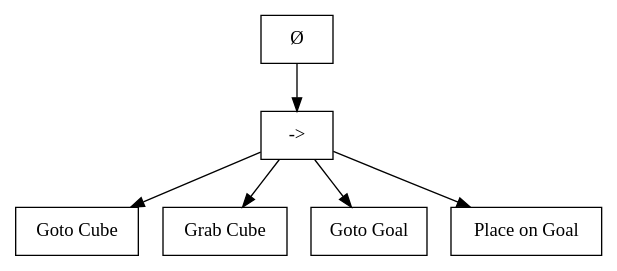
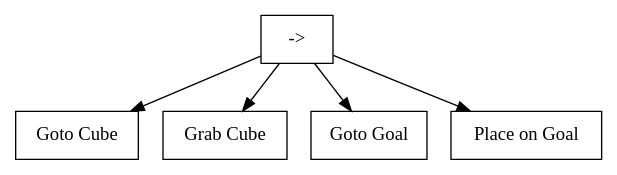
Before and after one commit to ValentinLebouvier/TAL2019: the diagram in WIP/Graphs/Graphs.dot, drawn with Graphviz. The commit also changed 39 other files, not shown here.

```diff
--- a/WIP/Graphs/Graphs.dot
+++ b/WIP/Graphs/Graphs.dot
@@ -1,11 +1,9 @@
 digraph struts {
-	Ø [shape=box];
 	Seq1 [shape=box, label="->"];
 	Goto_Cube [shape=box, label="Goto Cube"];
 	Grab_Cube [shape=box, label="Grab Cube"];
 	Goto_Goal [shape=box, label="Goto Goal"];
 	Place_Goal [shape=box, label="Place on Goal"];
 	
-	Ø -> Seq1;
 	Seq1 -> { Goto_Cube; Grab_Cube; Goto_Goal; Place_Goal};
 }
```
